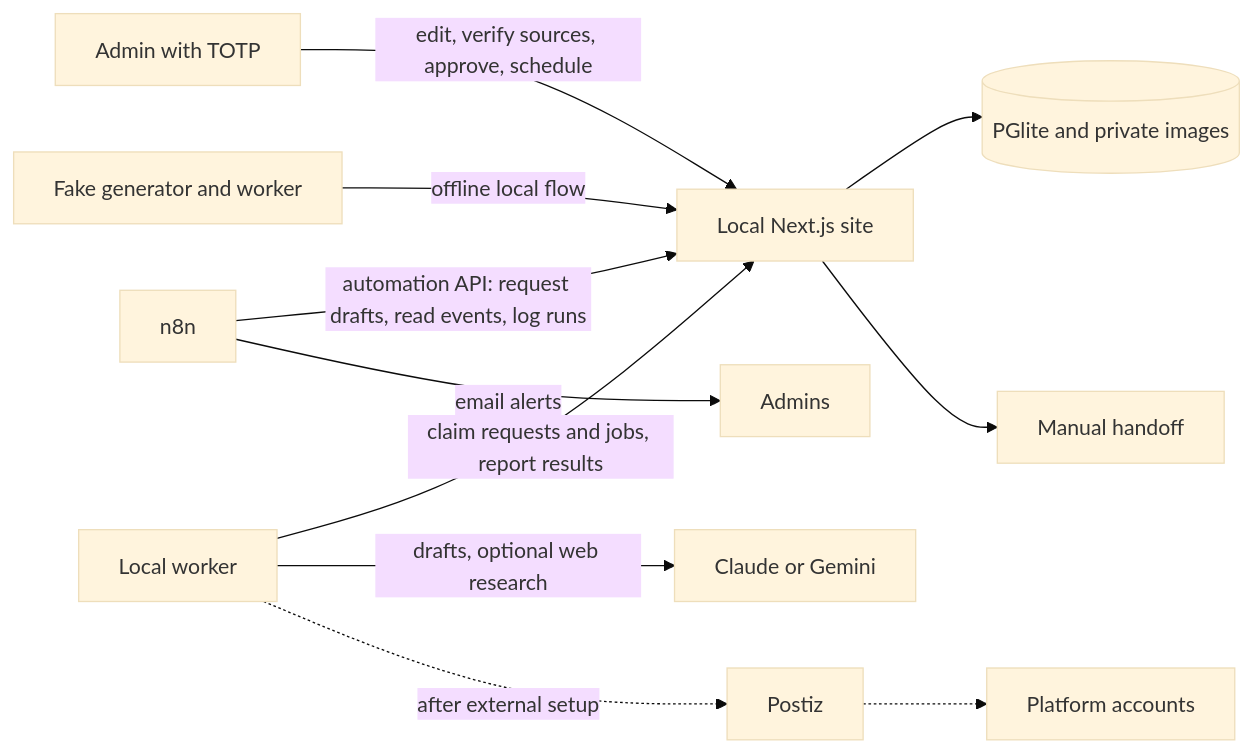
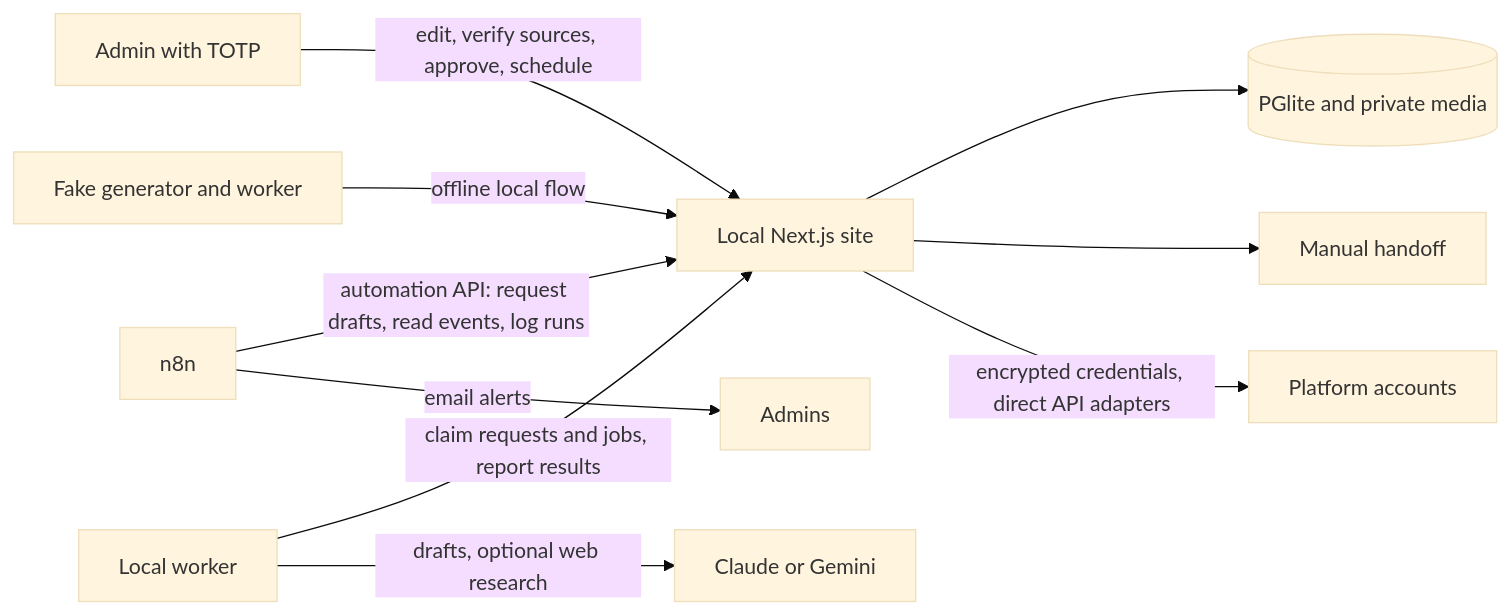
The first of 2 diagrams in README.md (alediscoveringcoding/Agent_social), drawn with Mermaid (base theme) before and after one commit. The commit also changed other lines of this file and 101 other files, not shown here.

````diff
--- a/README.md
+++ b/README.md
@@ -34,13 +44,12 @@
 ```mermaid
 flowchart LR
   A[Admin with TOTP] -->|edit, verify sources, approve, schedule| S[Local Next.js site]
   N[n8n] -->|automation API: request drafts, read events, log runs| S
   N -->|email alerts| E[Admins]
   F[Fake generator and worker] -->|offline local flow| S
-  S --> DB[(PGlite and private images)]
+  S --> DB[(PGlite and private media)]
   S --> M[Manual handoff]
   W[Local worker] -->|claim requests and jobs, report results| S
   W -->|drafts, optional web research| AI[Claude or Gemini]
-  W -.->|after external setup| P[Postiz]
-  P -.-> PL[Platform accounts]
+  S -->|encrypted credentials, direct API adapters| PL[Platform accounts]
 ```
````
